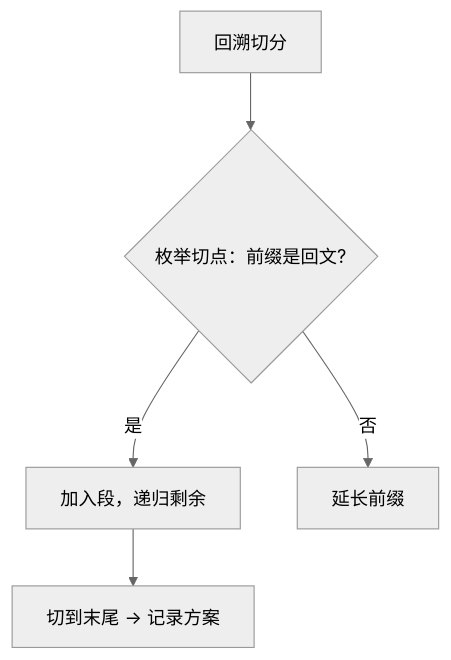
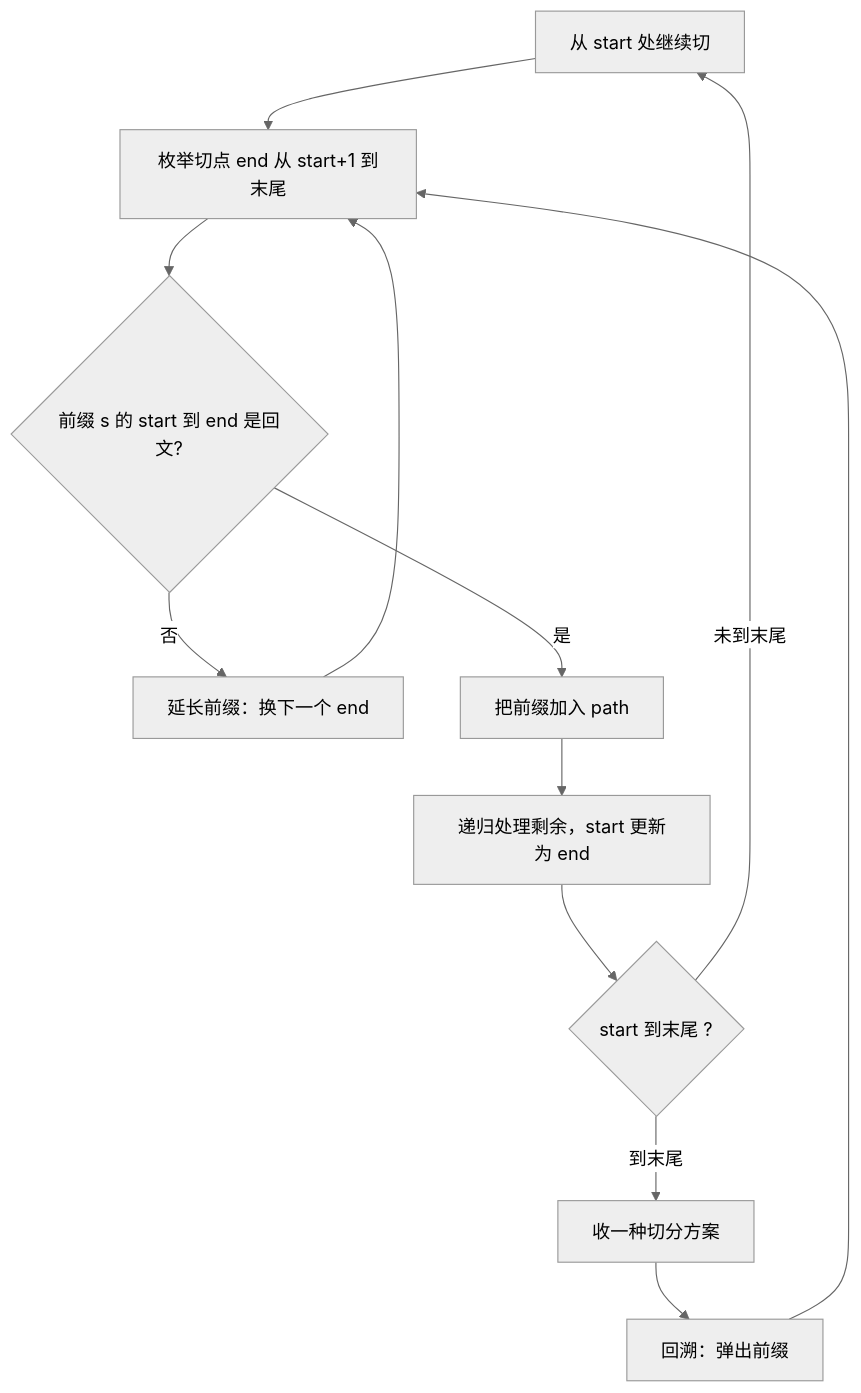
One commit to OctalZero/hot100-py changed the first of 2 diagrams in 11-回溯/0131-分割回文串.md. Above: the diagram before and after it, drawn with Mermaid (neutral theme). The commit also changed other lines of this file and 117 other files, not shown here.

First line of the commit message:
feat: 全题解配图升级为「动画式 mermaid」（总览骨架 + 横向时间线逐步推演）

````diff
--- a/11-回溯/0131-分割回文串.md
+++ b/11-回溯/0131-分割回文串.md
@@ -17,7 +17,14 @@
 ```mermaid
 flowchart TD
-    A["回溯切分"] --> B{"枚举切点：前缀是回文?"}
-    B -- "是" --> C["加入段，递归剩余"]
-    B -- "否" --> D["延长前缀"]
-    C --> E["切到末尾 → 记录方案"]
+    A["从 start 处继续切"] --> B["枚举切点 end 从 start+1 到末尾"]
+    B --> C{"前缀 s 的 start 到 end 是回文?"}
+    C -->|"否"| D["延长前缀：换下一个 end"]
+    C -->|"是"| E["把前缀加入 path"]
+    D --> B
+    E --> F["递归处理剩余，start 更新为 end"]
+    F --> G{"start 到末尾 ?"}
+    G -->|"到末尾"| H["收一种切分方案"]
+    G -->|"未到末尾"| A
+    H --> I["回溯：弹出前缀"]
+    I --> B
 ```
````
